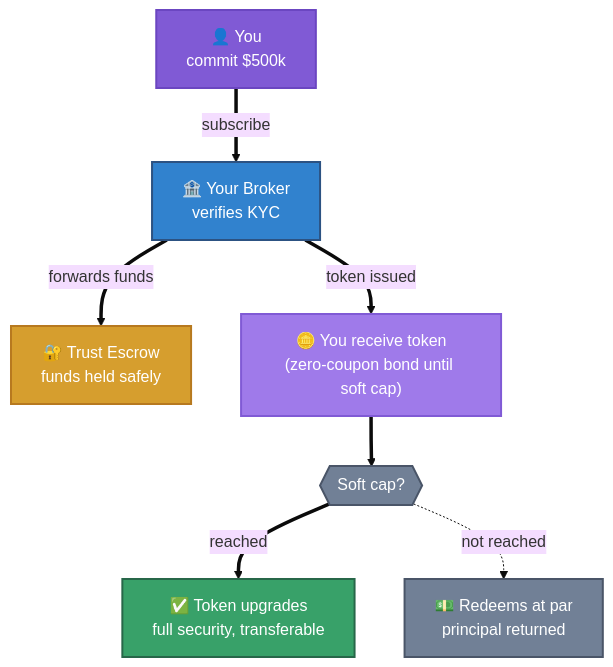
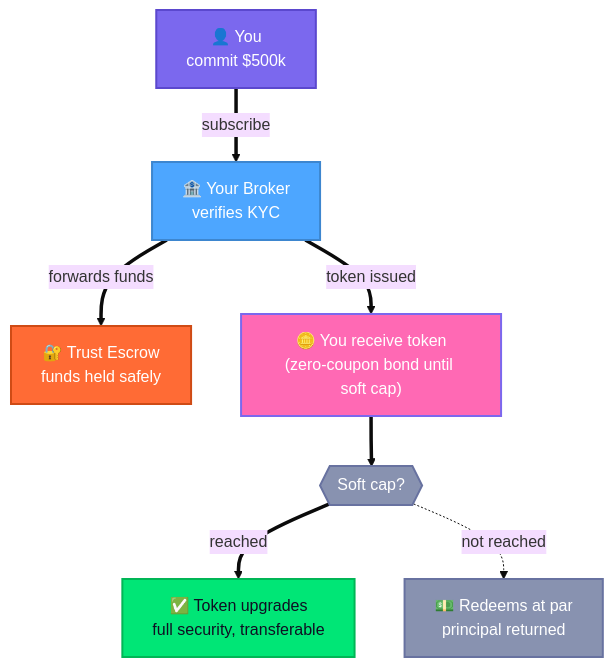
Before and after one commit to hrbrlife/sailsto_website: the eighth of 16 diagrams in hugo-site/content/_index.fr.md, drawn with Mermaid (base theme). The commit also changed other lines of this file and 9 other files, not shown here.

```diff
--- a/hugo-site/content/_index.fr.md
+++ b/hugo-site/content/_index.fr.md
@@ -596,23 +596,23 @@
 <div class="mermaid">
 flowchart TD
     YOU["👤 You&lt;br/&gt;commit $500k"]
     BRK["🏦 Your Broker&lt;br/&gt;verifies KYC"]
     ESC["🔐 Trust Escrow&lt;br/&gt;funds held safely"]
     TOK["🪙 You receive token&lt;br/&gt;(zero-coupon bond until soft cap)"]
     CAP{{"Soft cap?"}}
     LIVE["✅ Token upgrades&lt;br/&gt;full security, transferable"]
     REF["💵 Redeems at par&lt;br/&gt;principal returned"]
     YOU ==>|"subscribe"| BRK
     BRK ==>|"forwards funds"| ESC
     BRK ==>|"token issued"| TOK
     TOK ==> CAP
     CAP ==>|"reached"| LIVE
     CAP -.->|"not reached"| REF
-    style YOU fill:#805ad5,color:#fff,stroke:#6b46c1,stroke-width:2px
-    style BRK fill:#3182ce,color:#fff,stroke:#2c5282,stroke-width:2px
-    style ESC fill:#d69e2e,color:#fff,stroke:#b7791f,stroke-width:2px
-    style TOK fill:#9f7aea,color:#fff,stroke:#805ad5,stroke-width:2px
-    style CAP fill:#718096,color:#fff,stroke:#4a5568,stroke-width:2px
-    style LIVE fill:#38a169,color:#fff,stroke:#276749,stroke-width:2px
-    style REF fill:#718096,color:#fff,stroke:#4a5568,stroke-width:2px
+    style YOU fill:#7B68EE,color:#fff,stroke:#5B48CE,stroke-width:2px
+    style BRK fill:#4DA6FF,color:#fff,stroke:#3D86CF,stroke-width:2px
+    style ESC fill:#FF6B35,color:#fff,stroke:#CF4B15,stroke-width:2px
+    style TOK fill:#FF69B4,color:#fff,stroke:#7B68EE,stroke-width:2px
+    style CAP fill:#8892B0,color:#fff,stroke:#6872A0,stroke-width:2px
+    style LIVE fill:#00E676,color:#0F0F23,stroke:#00B656,stroke-width:2px
+    style REF fill:#8892B0,color:#fff,stroke:#6872A0,stroke-width:2px
 </div>
```
